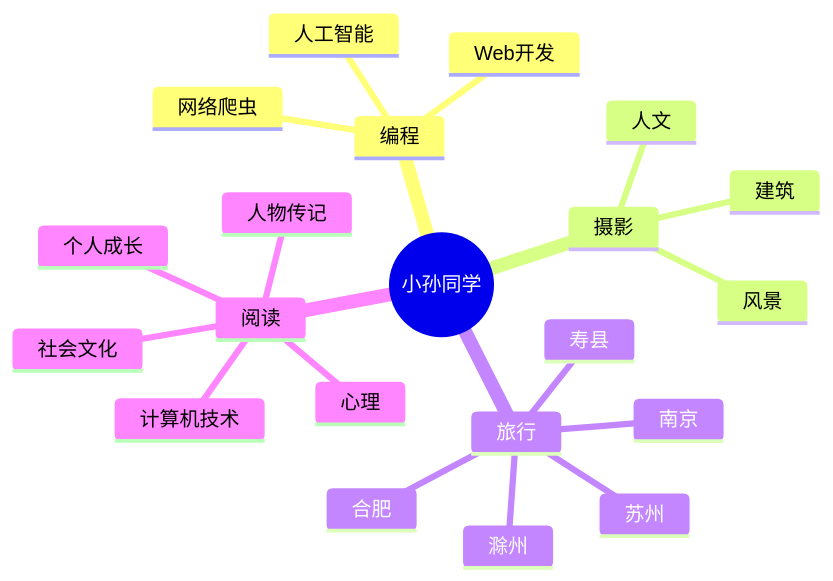
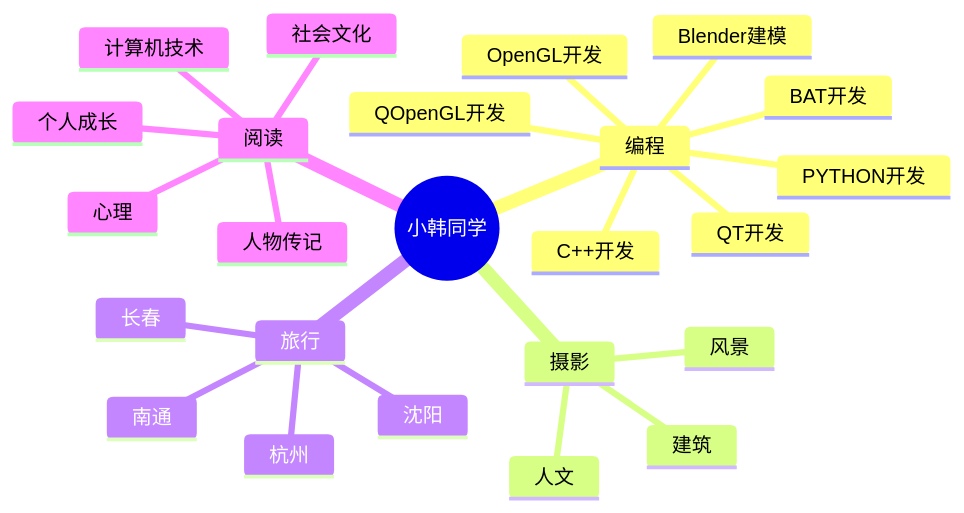
One commit to cuttingdust/cuttingdust changed the diagram in README.md. Above: the diagram before and after it, drawn with Mermaid. The commit also changed other lines of this file, not shown here.

````diff
--- a/README.md
+++ b/README.md
@@ -169,24 +165,27 @@
 ```mermaid
 mindmap
-  root((小孙同学))
+  root((小韩同学))
     编程
-      Web开发
-      网络爬虫
-      人工智能
+      C++开发
+      QT开发
+      BAT开发
+      PYTHON开发
+      OpenGL开发
+      QOpenGL开发
+      Blender建模
     摄影
       人文
       建筑
       风景
     旅行
-      苏州
-      南京
-      滁州
-      合肥
-      寿县
+      南通
+      沈阳
+      长春
+      杭州
     阅读
       人物传记
       个人成长
       社会文化
       心理
       计算机技术
 ```
````
